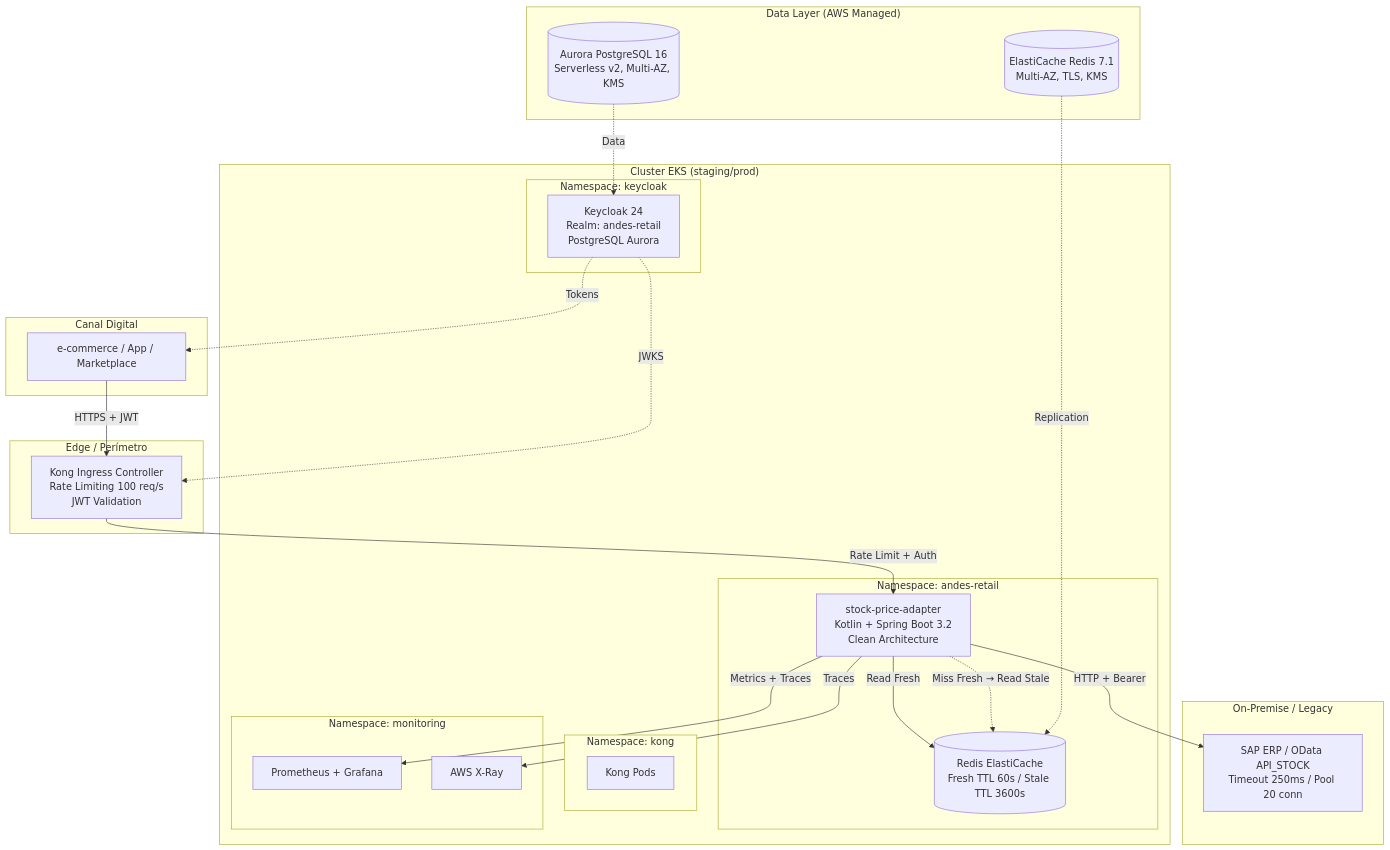
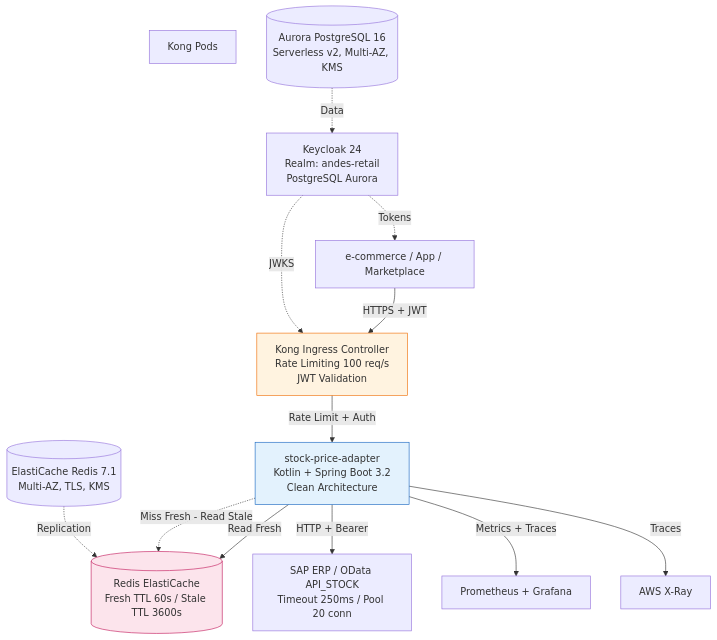
One commit to shadoweagle1228/prueba-vortex changed the first of 2 diagrams in README.md. Above: the diagram before and after it, drawn with Mermaid. The commit also changed other lines of this file, not shown here.

Commit message:
fix: Convert README Mermaid diagrams from graph to flowchart syntax

````diff
--- a/README.md
+++ b/README.md
@@ -32,51 +32,36 @@
 ```mermaid
-graph TB
-    subgraph "Canal Digital"
-        CLIENT[e-commerce / App / Marketplace]
-    end
+flowchart TB
+    CLIENT["e-commerce / App / Marketplace"]
 
-    subgraph "Edge / Perímetro"
-        KONG[Kong Ingress Controller<br/>Rate Limiting 100 req/s<br/>JWT Validation]
-    end
+    KONG["Kong Ingress Controller<br/>Rate Limiting 100 req/s<br/>JWT Validation"]
 
-    subgraph "Cluster EKS (staging/prod)"
-        subgraph "Namespace: andes-retail"
-            APP[stock-price-adapter<br/>Kotlin + Spring Boot 3.2<br/>Clean Architecture]
-            REDIS[(Redis ElastiCache<br/>Fresh TTL 60s / Stale TTL 3600s)]
-        end
+    APP["stock-price-adapter<br/>Kotlin + Spring Boot 3.2<br/>Clean Architecture"]
+    REDIS[("Redis ElastiCache<br/>Fresh TTL 60s / Stale TTL 3600s")]
 
-        subgraph "Namespace: kong"
-            KONG_POD[Kong Pods]
-        end
+    KONG_POD["Kong Pods"]
+    KC["Keycloak 24<br/>Realm: andes-retail<br/>PostgreSQL Aurora"]
 
-        subgraph "Namespace: keycloak"
-            KC[Keycloak 24<br/>Realm: andes-retail<br/>PostgreSQL Aurora]
-        end
+    PROM["Prometheus + Grafana"]
+    XRAY["AWS X-Ray"]
 
-        subgraph "Namespace: monitoring"
-            PROM[Prometheus + Grafana]
-            XRAY[AWS X-Ray]
-        end
-    end
+    REDIS_AWS[("ElastiCache Redis 7.1<br/>Multi-AZ, TLS, KMS")]
+    AURORA[("Aurora PostgreSQL 16<br/>Serverless v2, Multi-AZ, KMS")]
 
-    subgraph "Data Layer (AWS Managed)"
-        REDIS_AWS[(ElastiCache Redis 7.1<br/>Multi-AZ, TLS, KMS)]
-        AURORA[(Aurora PostgreSQL 16<br/>Serverless v2, Multi-AZ, KMS)]
-    end
-
-    subgraph "On-Premise / Legacy"
-        SAP[SAP ERP / OData API_STOCK<br/>Timeout 250ms / Pool 20 conn]
-    end
+    SAP["SAP ERP / OData API_STOCK<br/>Timeout 250ms / Pool 20 conn"]
 
     CLIENT -->|HTTPS + JWT| KONG
     KONG -->|Rate Limit + Auth| APP
     APP -->|Read Fresh| REDIS
-    APP -.->|Miss Fresh → Read Stale| REDIS
+    APP -.->|Miss Fresh - Read Stale| REDIS
     APP -->|HTTP + Bearer| SAP
     APP -->|Metrics + Traces| PROM
     APP -->|Traces| XRAY
     KC -.->|JWKS| KONG
     KC -.->|Tokens| CLIENT
     REDIS_AWS -.->|Replication| REDIS
     AURORA -.->|Data| KC
+
+    style KONG fill:#fff3e0,stroke:#ef6c00
+    style APP fill:#e3f2fd,stroke:#1565c0
+    style REDIS fill:#fce4ec,stroke:#c2185b
 ```
````
